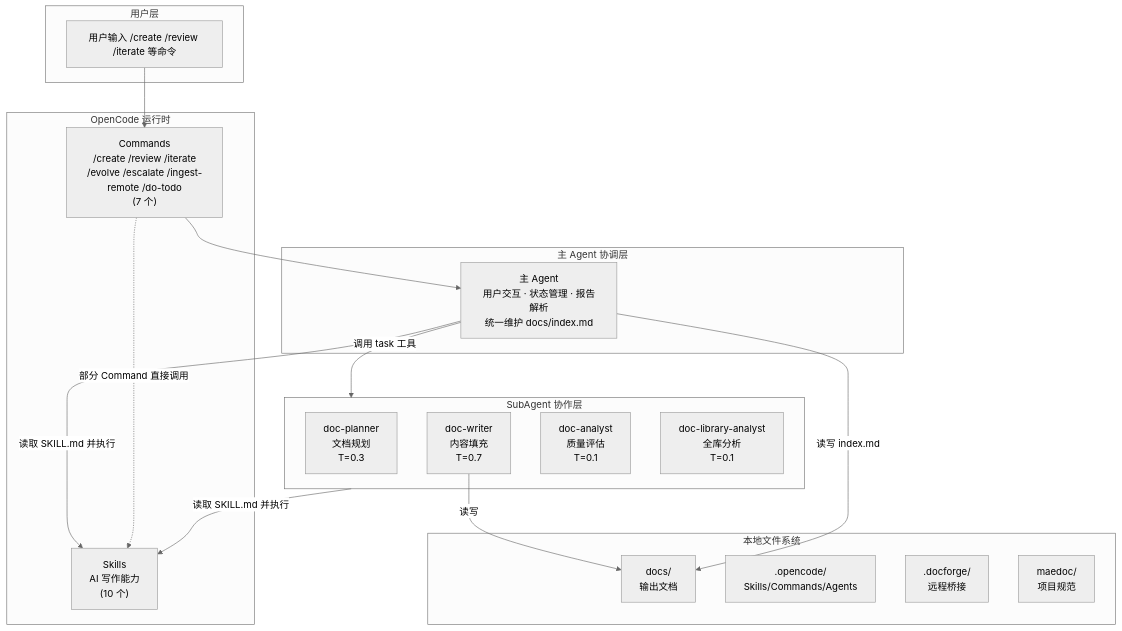
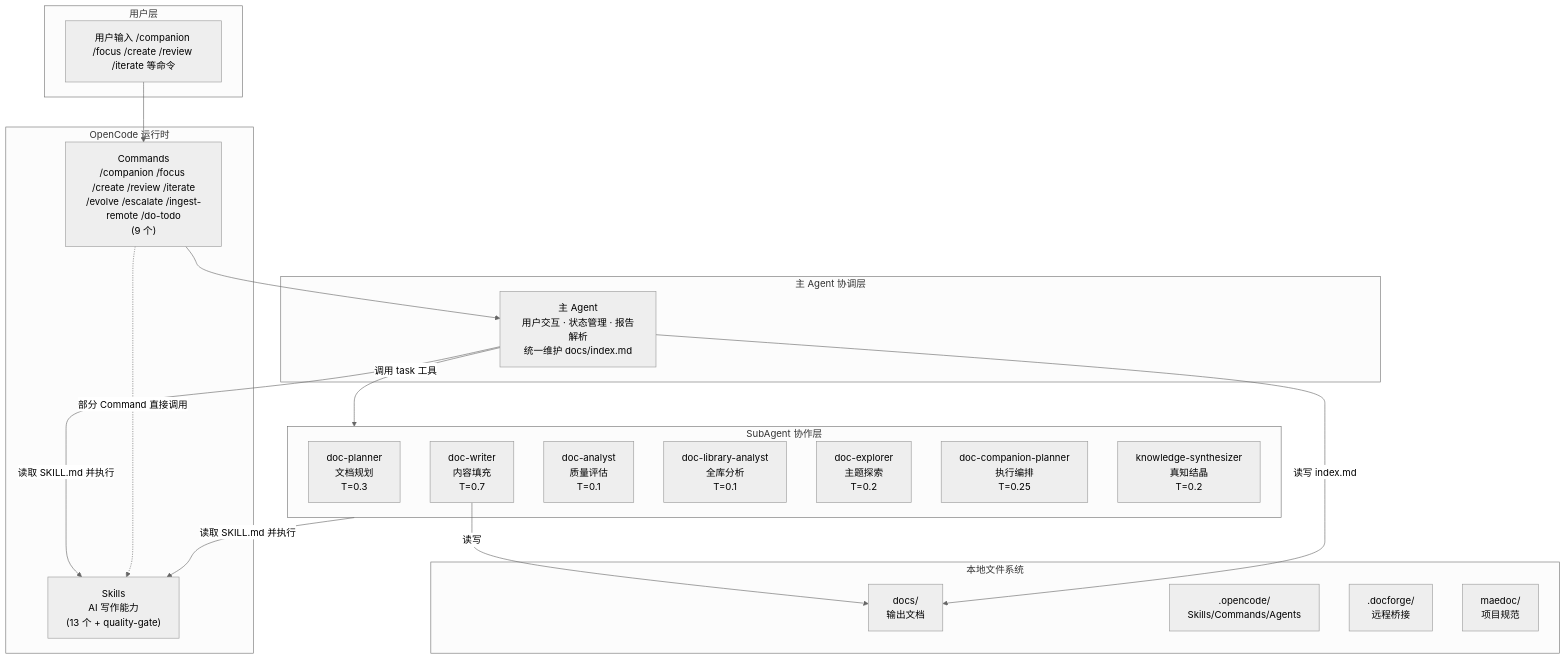
One commit to maxiee/MaeDoc changed the diagram in docs/maedoc/system-overview.md. Above: the diagram before and after it, drawn with Mermaid (neutral theme). The commit also changed other lines of this file and 23 other files, not shown here.

First line of the commit message:
feat: Introduce knowledge crystallization skill and companion mode enhancements

````diff
--- a/docs/maedoc/system-overview.md
+++ b/docs/maedoc/system-overview.md
@@ -12,38 +12,41 @@
 ```mermaid
 graph TB
     subgraph UserLayer[用户层]
-        User["用户输入 /create /review /iterate 等命令"]
+        User["用户输入 /companion /focus /create /review /iterate 等命令"]
     end
 
     subgraph MainAgent[主 Agent 协调层]
         Coordinator["主 Agent<br>用户交互 · 状态管理 · 报告解析<br>统一维护 docs/index.md"]
     end
 
     subgraph Runtime[OpenCode 运行时]
-        Commands["Commands<br>/create /review /iterate<br>/evolve /escalate /ingest-remote /do-todo<br>(7 个)"]
-        Skills["Skills<br>AI 写作能力<br>(10 个)"]
+        Commands["Commands<br>/companion /focus /create /review /iterate<br>/evolve /escalate /ingest-remote /do-todo<br>(9 个)"]
+        Skills["Skills<br>AI 写作能力<br>(13 个 + quality-gate)"]
     end
 
     subgraph SubAgentLayer[SubAgent 协作层]
         Planner["doc-planner<br>文档规划<br>T=0.3"]
         Writer["doc-writer<br>内容填充<br>T=0.7"]
         Analyst["doc-analyst<br>质量评估<br>T=0.1"]
         LibAnalyst["doc-library-analyst<br>全库分析<br>T=0.1"]
+        Explorer["doc-explorer<br>主题探索<br>T=0.2"]
+        CompanionPlanner["doc-companion-planner<br>执行编排<br>T=0.25"]
+        Synthesizer["knowledge-synthesizer<br>真知结晶<br>T=0.2"]
     end
 
     subgraph FileSystem[本地文件系统]
         Docs["docs/<br>输出文档"]
         OpenCode[".opencode/<br>Skills/Commands/Agents"]
         Docforge[".docforge/<br>远程桥接"]
         Maedoc["maedoc/<br>项目规范"]
     end
 
     User --> Commands
     Commands --> Coordinator
     Coordinator -->|"调用 task 工具"| SubAgentLayer
     Coordinator -->|"读取 SKILL.md 并执行"| Skills
     SubAgentLayer -->|"读取 SKILL.md 并执行"| Skills
     Writer -->|"读写"| Docs
     Coordinator -->|"读写 index.md"| Docs
     Commands -.->|"部分 Command 直接调用"| Skills
 ```
````
